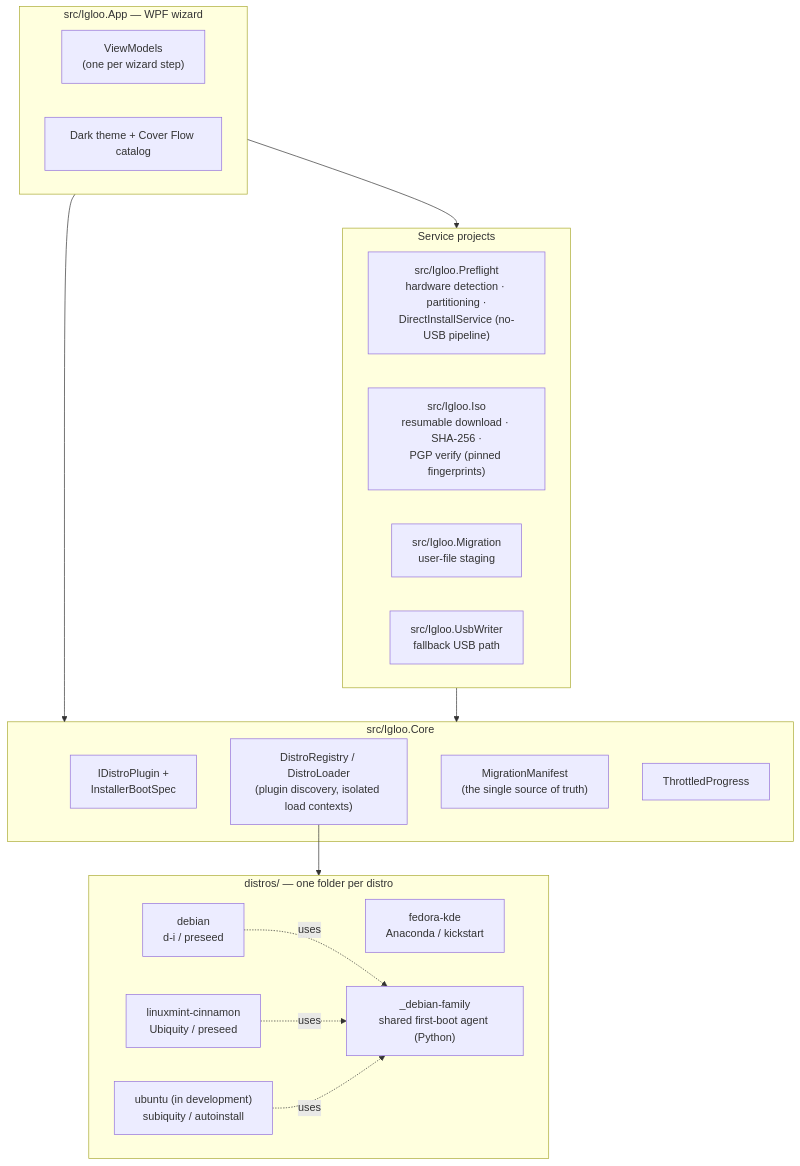
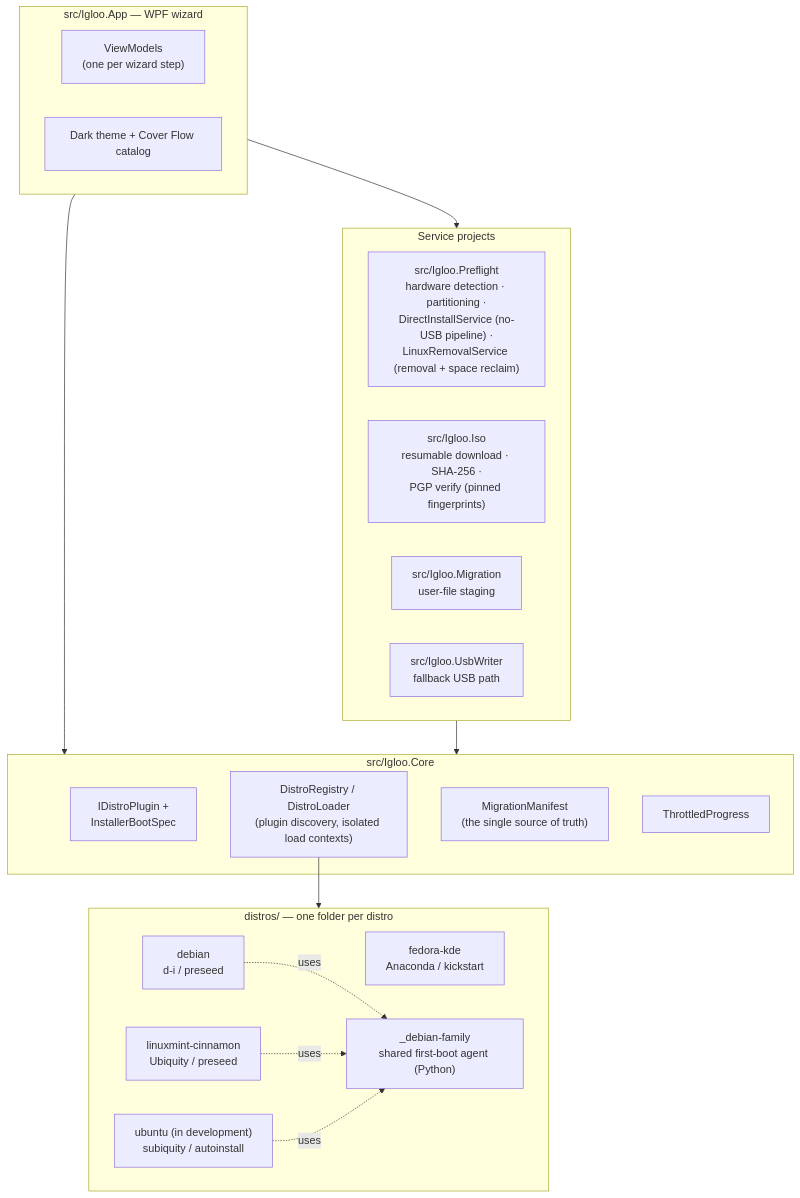
The second of 6 diagrams in docs/architecture.md (gillesduif/iGloo), drawn with Mermaid before and after one commit. The commit also changed other lines of this file and 44 other files, not shown here.

````diff
--- a/docs/architecture.md
+++ b/docs/architecture.md
@@ -36,37 +36,37 @@
 ```mermaid
 flowchart TD
     subgraph APP["src/Igloo.App — WPF wizard"]
         VM["ViewModels<br>(one per wizard step)"]
         THEME["Dark theme + Cover Flow catalog"]
     end
 
     subgraph CORE["src/Igloo.Core"]
         IDP["IDistroPlugin +<br>InstallerBootSpec"]
         REG["DistroRegistry / DistroLoader<br>(plugin discovery, isolated load contexts)"]
         MAN["MigrationManifest<br>(the single source of truth)"]
         THR["ThrottledProgress"]
     end
 
     subgraph SVC["Service projects"]
-        PRE["src/Igloo.Preflight<br>hardware detection · partitioning ·<br>DirectInstallService (no-USB pipeline)"]
+        PRE["src/Igloo.Preflight<br>hardware detection · partitioning ·<br>DirectInstallService (no-USB pipeline) ·<br>LinuxRemovalService (removal + space reclaim)"]
         ISO["src/Igloo.Iso<br>resumable download · SHA-256 ·<br>PGP verify (pinned fingerprints)"]
         MIG["src/Igloo.Migration<br>user-file staging"]
         USB["src/Igloo.UsbWriter<br>fallback USB path"]
     end
 
     subgraph PLUG["distros/ — one folder per distro"]
         FED["fedora-kde<br>Anaconda / kickstart"]
         DEB["debian<br>d-i / preseed"]
         MINT["linuxmint-cinnamon<br>Ubiquity / preseed"]
         UBU["ubuntu (in development)<br>subiquity / autoinstall"]
         FAM["_debian-family<br>shared first-boot agent (Python)"]
     end
 
     APP --> CORE
     APP --> SVC
     SVC --> CORE
     REG --> PLUG
     DEB -.uses.-> FAM
     MINT -.uses.-> FAM
     UBU -.uses.-> FAM
 ```
````
